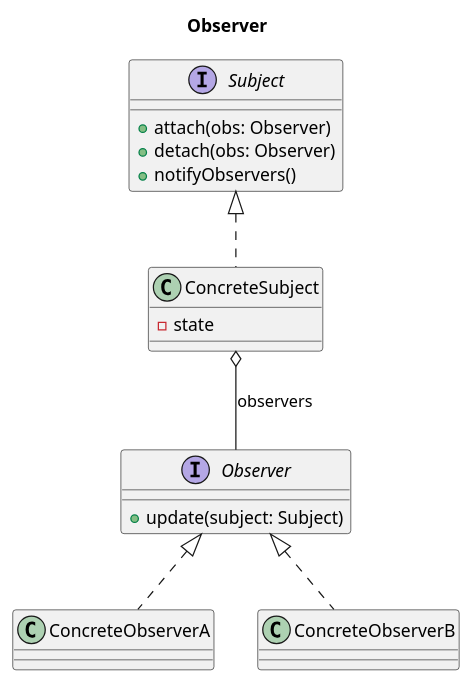
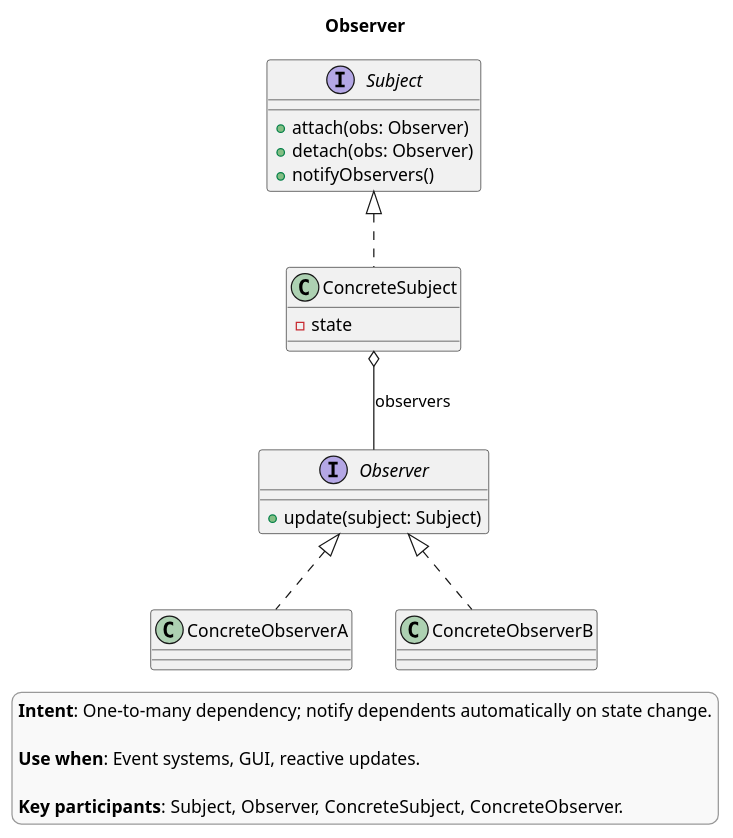
One commit to AkselErenberk/design-patterns changed the diagram in theory/behavioral/observer/class.puml. Above: the diagram before and after it, drawn with PlantUML. The commit also changed 26 other files, not shown here.

Commit message:
design pattern class diagrams

```diff
--- a/theory/behavioral/observer/class.puml
+++ b/theory/behavioral/observer/class.puml
@@ -1,26 +1,37 @@
 @startuml
 title Observer
+
+skinparam legendBackgroundColor #f9f9f9
+skinparam legendBorderColor #999999
+
+legend right
+**Intent**: One-to-many dependency; notify dependents automatically on state change.
+
+**Use when**: Event systems, GUI, reactive updates.
+
+**Key participants**: Subject, Observer, ConcreteSubject, ConcreteObserver.
+endlegend
 
 interface Observer {
   +update(subject: Subject)
 }
 
 class ConcreteObserverA
 class ConcreteObserverB
 
 interface Subject {
   +attach(obs: Observer)
   +detach(obs: Observer)
   +notifyObservers()
 }
 
 class ConcreteSubject {
   -state
 }
 
 Observer <|.. ConcreteObserverA
 Observer <|.. ConcreteObserverB
 
 Subject <|.. ConcreteSubject
 ConcreteSubject o-- Observer : observers
 @enduml
```
